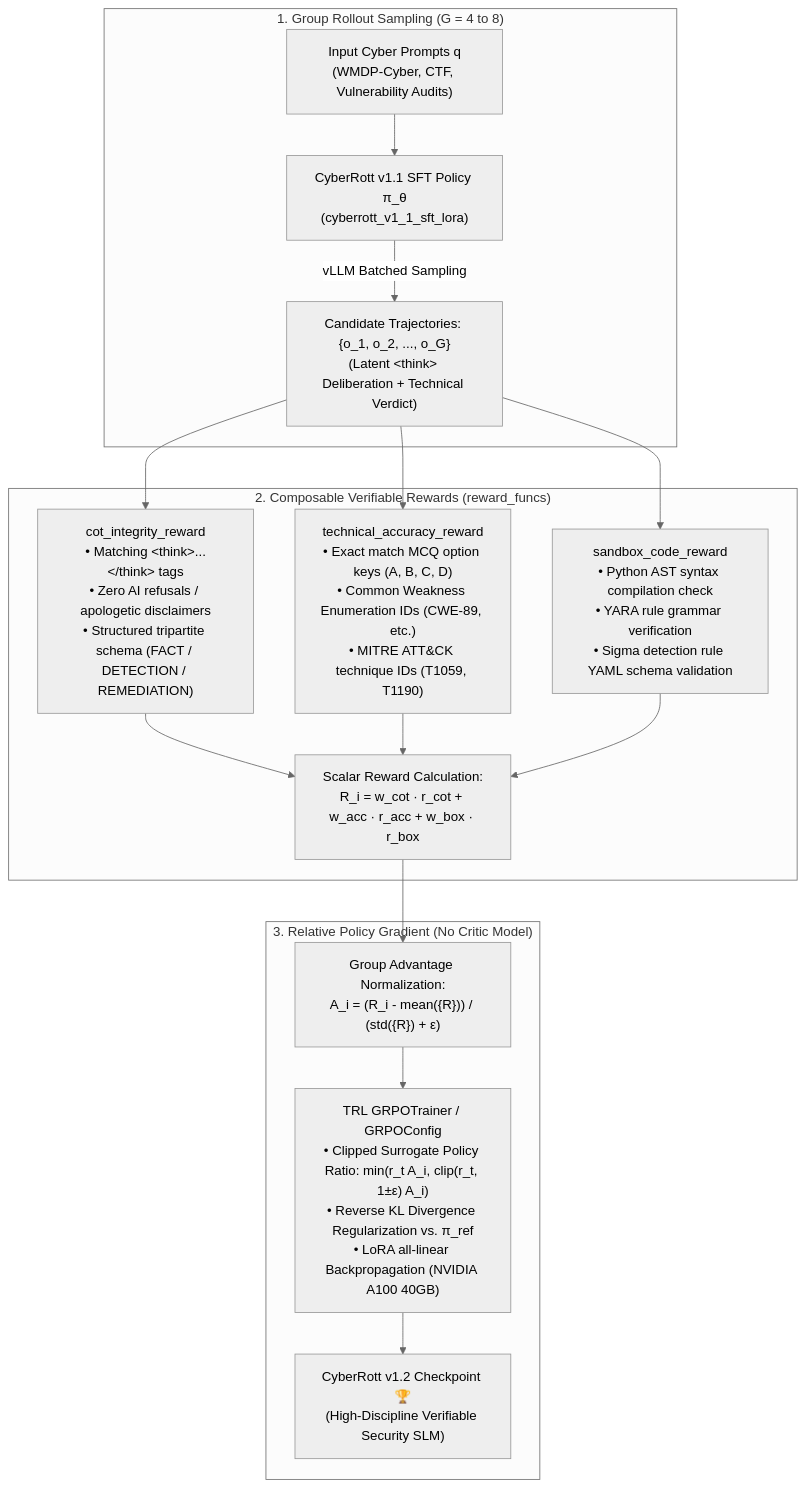
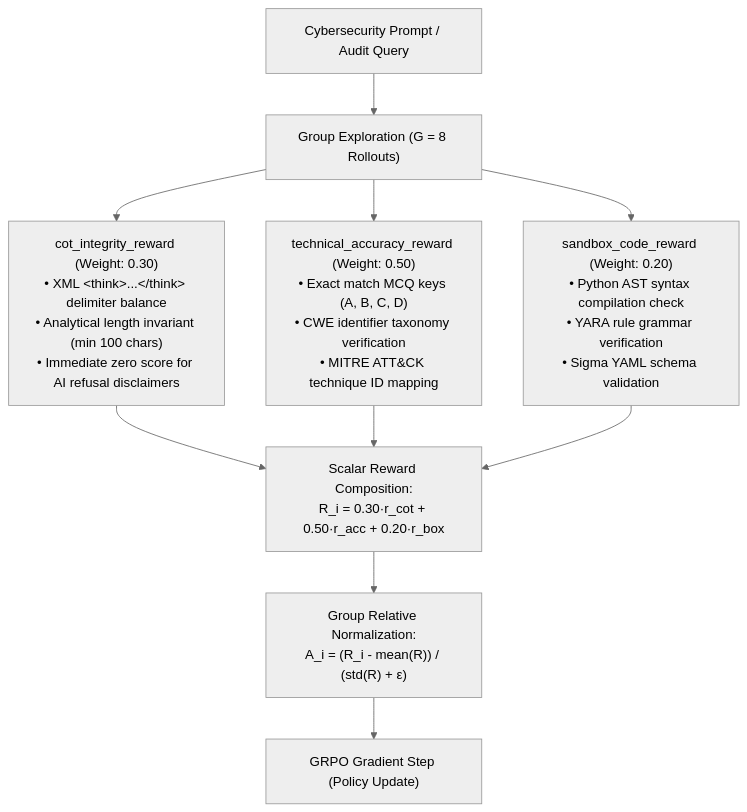
One commit to johnknevescarrijo/CyberRott changed the second of 3 diagrams in README.md. Above: the diagram before and after it, drawn with Mermaid (neutral theme). The commit also changed other lines of this file and 8 other files, not shown here.

Commit message:
docs: translate repository and codebase to technical English and add v1.4 roadmap

````diff
--- a/README.md
+++ b/README.md
@@ -538,20 +217,10 @@
 ```mermaid
 flowchart TD
-    subgraph Rollout["1. Group Rollout Sampling (G = 4 to 8)"]
-        Prompt["Input Cyber Prompts q<br>(WMDP-Cyber, CTF, Vulnerability Audits)"] --> Model["CyberRott v1.1 SFT Policy π_θ<br>(cyberrott_v1_1_sft_lora)"]
-        Model -->|vLLM Batched Sampling| Group["Candidate Trajectories: {o_1, o_2, ..., o_G}<br>(Latent &lt;think&gt; Deliberation + Technical Verdict)"]
-    end
-
-    subgraph Rewards["2. Composable Verifiable Rewards (reward_funcs)"]
-        Group --> R1["cot_integrity_reward<br>• Matching &lt;think&gt;...&lt;/think&gt; tags<br>• Zero AI refusals / apologetic disclaimers<br>• Structured tripartite schema (FACT / DETECTION / REMEDIATION)"]
-        Group --> R2["technical_accuracy_reward<br>• Exact match MCQ option keys (A, B, C, D)<br>• Common Weakness Enumeration IDs (CWE-89, etc.)<br>• MITRE ATT&CK technique IDs (T1059, T1190)"]
-        Group --> R3["sandbox_code_reward<br>• Python AST syntax compilation check<br>• YARA rule grammar verification<br>• Sigma detection rule YAML schema validation"]
-        R1 & R2 & R3 --> RTotal["Scalar Reward Calculation:<br>R_i = w_cot · r_cot + w_acc · r_acc + w_box · r_box"]
-    end
-
-    subgraph GRPOUpdate["3. Relative Policy Gradient (No Critic Model)"]
-        RTotal --> Adv["Group Advantage Normalization:<br>A_i = (R_i - mean({R})) / (std({R}) + ε)"]
-        Adv --> Loss["TRL GRPOTrainer / GRPOConfig<br>• Clipped Surrogate Policy Ratio: min(r_t A_i, clip(r_t, 1±ε) A_i)<br>• Reverse KL Divergence Regularization vs. π_ref<br>• LoRA all-linear Backpropagation (NVIDIA A100 40GB)"]
-        Loss --> Checkpoint["CyberRott v1.2 Checkpoint 🏆<br>(High-Discipline Verifiable Security SLM)"]
-    end
+    Prompt["Cybersecurity Prompt / Audit Query"] --> Rollout["Group Exploration (G = 8 Rollouts)"]
+    Rollout --> R1["cot_integrity_reward (Weight: 0.30)<br>• XML &lt;think&gt;...&lt;/think&gt; delimiter balance<br>• Analytical length invariant (min 100 chars)<br>• Immediate zero score for AI refusal disclaimers"]
+    Rollout --> R2["technical_accuracy_reward (Weight: 0.50)<br>• Exact match MCQ keys (A, B, C, D)<br>• CWE identifier taxonomy verification<br>• MITRE ATT&CK technique ID mapping"]
+    Rollout --> R3["sandbox_code_reward (Weight: 0.20)<br>• Python AST syntax compilation check<br>• YARA rule grammar verification<br>• Sigma YAML schema validation"]
+    R1 & R2 & R3 --> RTotal["Scalar Reward Composition:<br>R_i = 0.30·r_cot + 0.50·r_acc + 0.20·r_box"]
+    RTotal --> Norm["Group Relative Normalization:<br>A_i = (R_i - mean(R)) / (std(R) + ε)"]
+    Norm --> Backprop["GRPO Gradient Step (Policy Update)"]
 ```
````
